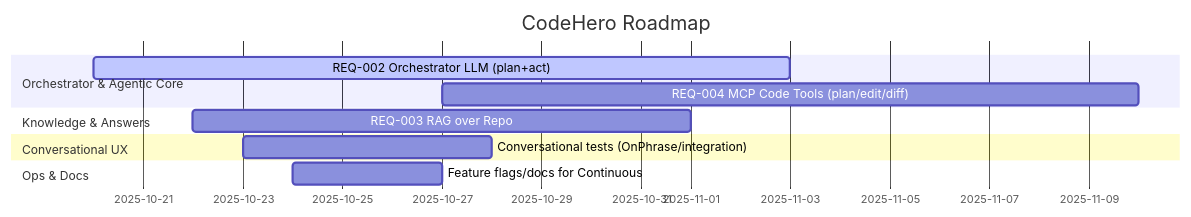
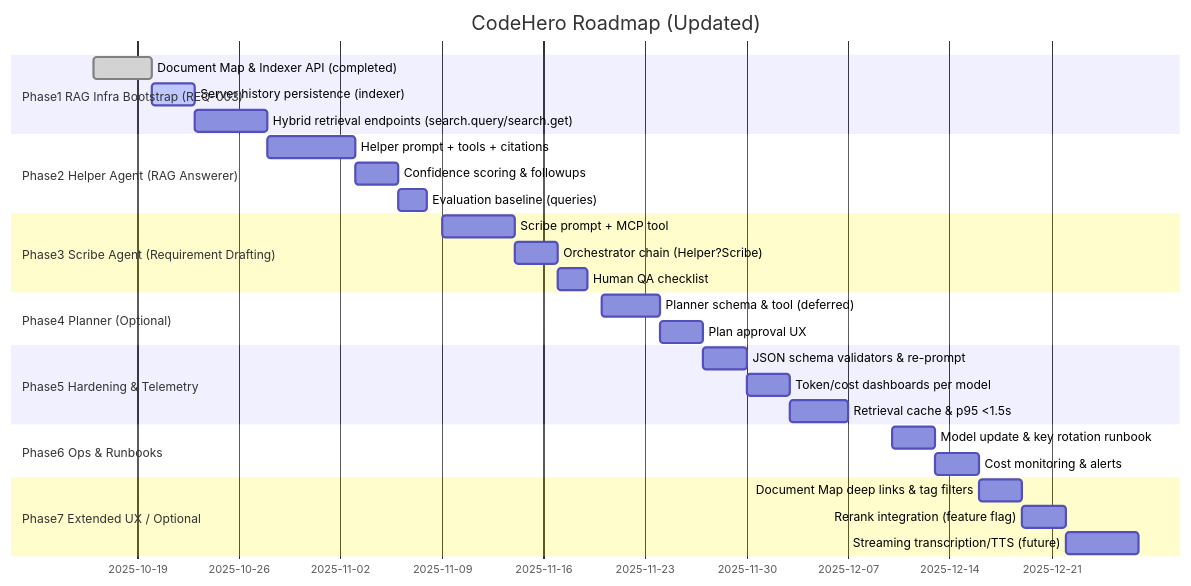
One commit to GrantMill/CodeHero changed the diagram in docs/roadmap.mmd. Above: the diagram before and after it, drawn with Mermaid. The commit also changed 13 other files, not shown here.

Commit message:
Rag retrieval added

```diff
--- a/docs/roadmap.mmd
+++ b/docs/roadmap.mmd
@@ -1,17 +1,37 @@
 gantt
- title CodeHero Roadmap
- dateFormat YYYY-MM-DD
- axisFormat %Y-%m-%d
+  title CodeHero Roadmap (Updated)
+  dateFormat YYYY-MM-DD
+  axisFormat %Y-%m-%d
 
- section Orchestrator & Agentic Core
- REQ-002 Orchestrator LLM (plan+act) :active, req2,2025-10-20,14d
- REQ-004 MCP Code Tools (plan/edit/diff) : req4,2025-10-27,14d
+  section Phase1 RAG Infra Bootstrap (REQ-003)
+  Document Map & Indexer API (completed)          :done, p1a,2025-10-16,4d
+  Server history persistence (indexer)          :active, p1b,2025-10-20,3d
+  Hybrid retrieval endpoints (search.query/search.get)       :       p1c,2025-10-23,5d
 
- section Knowledge & Answers
- REQ-003 RAG over Repo : req3,2025-10-22,10d
+  section Phase2 Helper Agent (RAG Answerer)
+  Helper prompt + tools + citations                :       p2a,2025-10-28,6d
+  Confidence scoring & followups                  :       p2b,2025-11-03,3d
+  Evaluation baseline (queries)                   :       p2c,2025-11-06,2d
 
- section Conversational UX
- Conversational tests (OnPhrase/integration) : convtests,2025-10-23,5d
+  section Phase3 Scribe Agent (Requirement Drafting)
+  Scribe prompt + MCP tool                        :       p3a,2025-11-09,5d
+  Orchestrator chain (Helper?Scribe)            :       p3b,2025-11-14,3d
+  Human QA checklist                            :       p3c,2025-11-17,2d
 
- section Ops & Docs
- Feature flags/docs for Continuous : flags,2025-10-24,3d
+  section Phase4 Planner (Optional)
+  Planner schema & tool (deferred)                :       p4a,2025-11-20,4d
+  Plan approval UX                              :       p4b,2025-11-24,3d
+
+  section Phase5 Hardening & Telemetry
+  JSON schema validators & re-prompt              :       p5a,2025-11-27,3d
+  Token/cost dashboards per model                :       p5b,2025-11-30,3d
+  Retrieval cache & p95 <1.5s                   :       p5c,2025-12-03,4d
+
+  section Phase6 Ops & Runbooks
+  Model update & key rotation runbook             :       p6a,2025-12-10,3d
+  Cost monitoring & alerts                        :       p6b,2025-12-13,3d
+
+  section Phase7 Extended UX / Optional
+  Document Map deep links & tag filters            :       p7a,2025-12-16,3d
+  Rerank integration (feature flag)              :       p7b,2025-12-19,3d
+  Streaming transcription/TTS (future)              :       p7c,2025-12-22,5d
```
